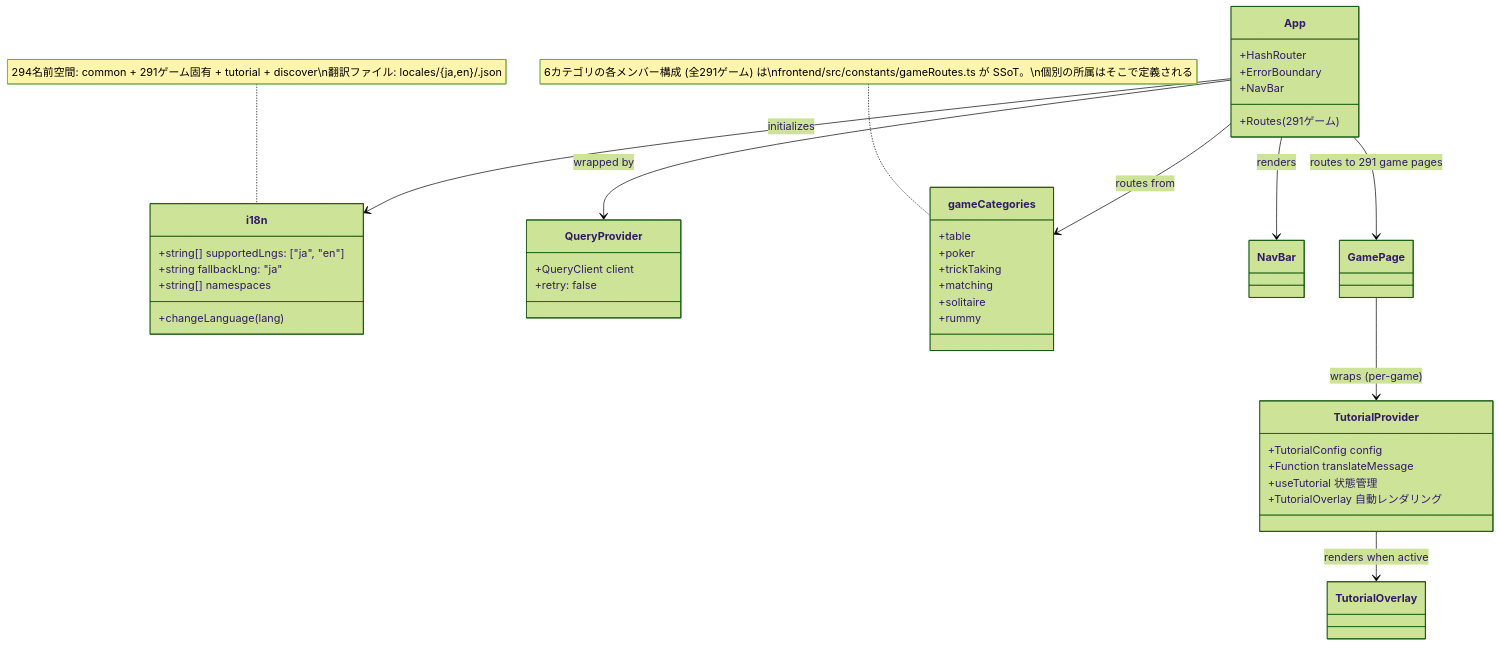
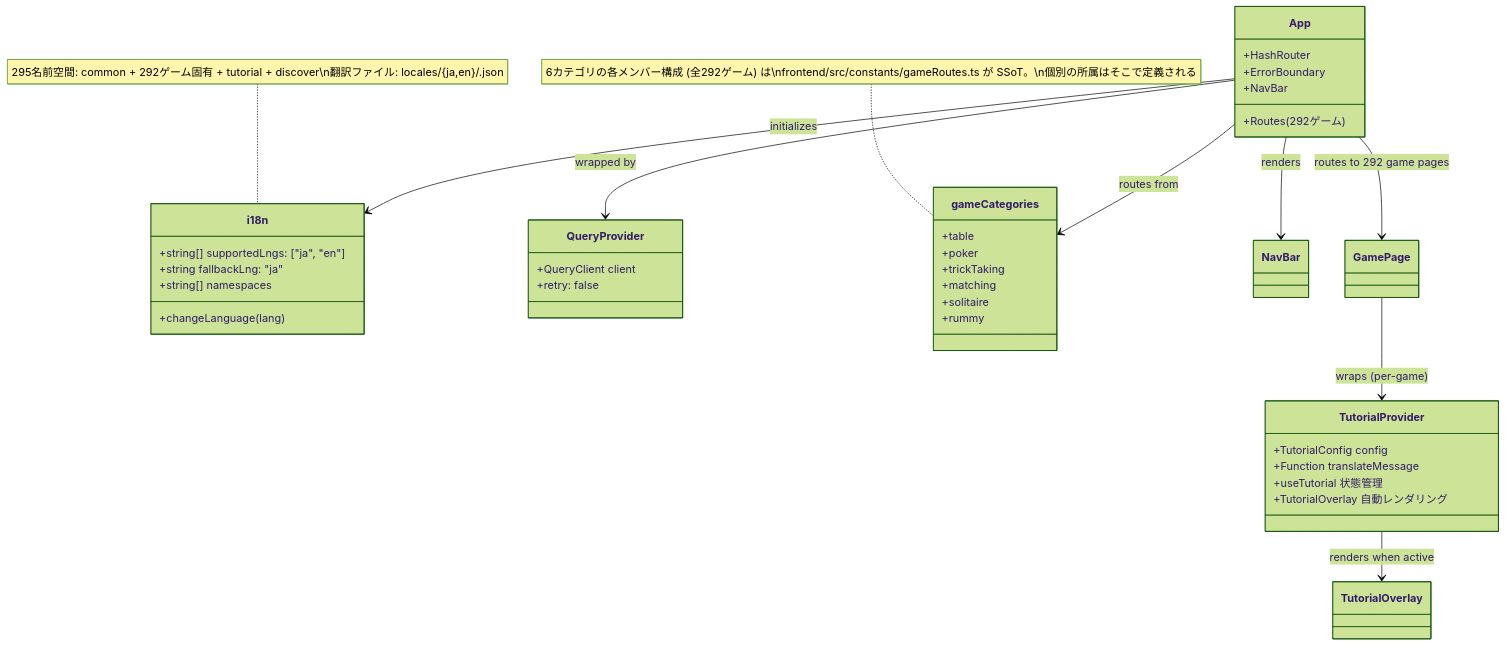
One commit to yuta-yoshinaga/go_trumpcards changed the ninth of 49 diagrams in docs/design/frontend.md. Above: the diagram before and after it, drawn with Mermaid (forest theme). The commit also changed other lines of this file and 62 other files, not shown here.

````diff
--- a/docs/design/frontend.md
+++ b/docs/design/frontend.md
@@ -1869,48 +1869,48 @@
 ```mermaid
 classDiagram
     class i18n {
         +string[] supportedLngs: ["ja", "en"]
         +string fallbackLng: "ja"
         +string[] namespaces
         +changeLanguage(lang)
     }
 
     class QueryProvider {
         +QueryClient client
         +retry: false
     }
 
     class App {
         +HashRouter
         +ErrorBoundary
         +NavBar
-        +Routes (291ゲーム)
+        +Routes (292ゲーム)
     }
 
     class gameCategories {
         +table
         +poker
         +trickTaking
         +matching
         +solitaire
         +rummy
     }
-    note for gameCategories "6カテゴリの各メンバー構成 (全291ゲーム) は\nfrontend/src/constants/gameRoutes.ts が SSoT。\n個別の所属はそこで定義される"
+    note for gameCategories "6カテゴリの各メンバー構成 (全292ゲーム) は\nfrontend/src/constants/gameRoutes.ts が SSoT。\n個別の所属はそこで定義される"
 
     class TutorialProvider {
         +TutorialConfig config
         +Function translateMessage
         +useTutorial 状態管理
         +TutorialOverlay 自動レンダリング
     }
 
     App --> QueryProvider : wrapped by
     App --> i18n : initializes
     App --> gameCategories : routes from
     App --> NavBar : renders
-    App --> GamePage : routes to 291 game pages
+    App --> GamePage : routes to 292 game pages
     GamePage --> TutorialProvider : wraps (per-game)
     TutorialProvider --> TutorialOverlay : renders when active
 
-    note for i18n "294名前空間: common + 291ゲーム固有 + tutorial + discover\n翻訳ファイル: locales/{ja,en}/<game>.json"
+    note for i18n "295名前空間: common + 292ゲーム固有 + tutorial + discover\n翻訳ファイル: locales/{ja,en}/<game>.json"
 ```
````
